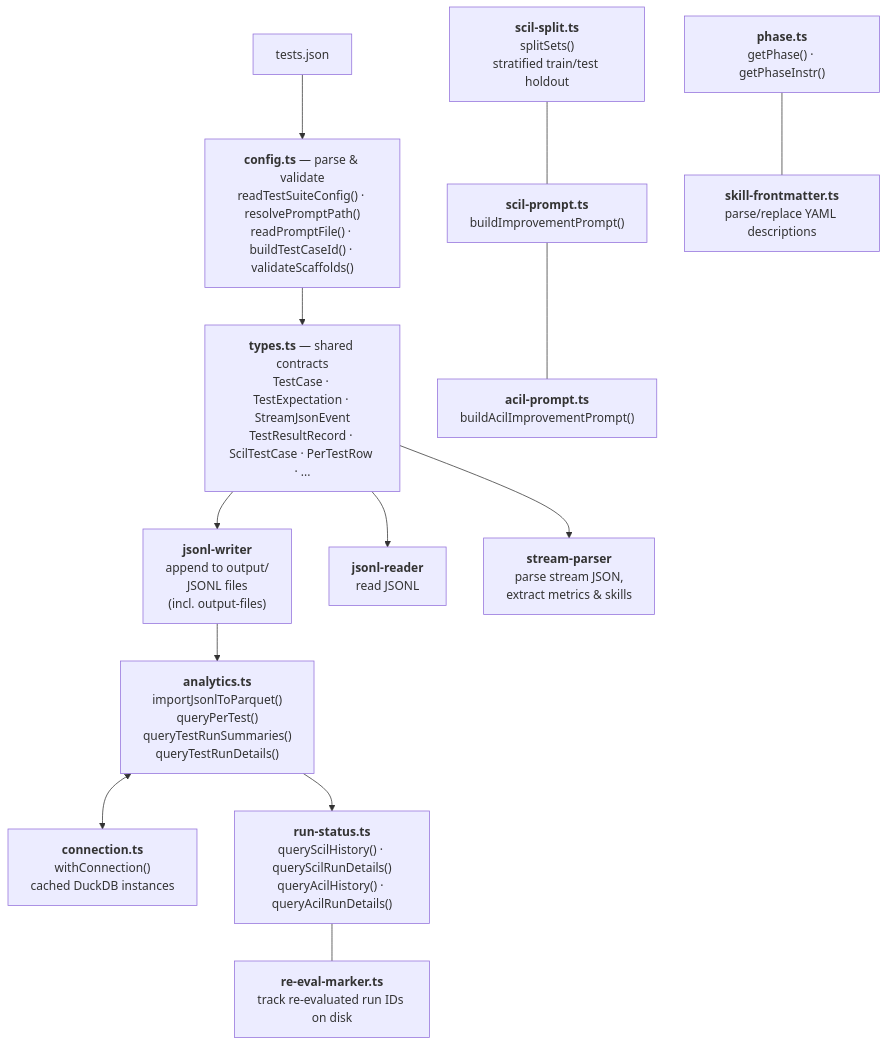
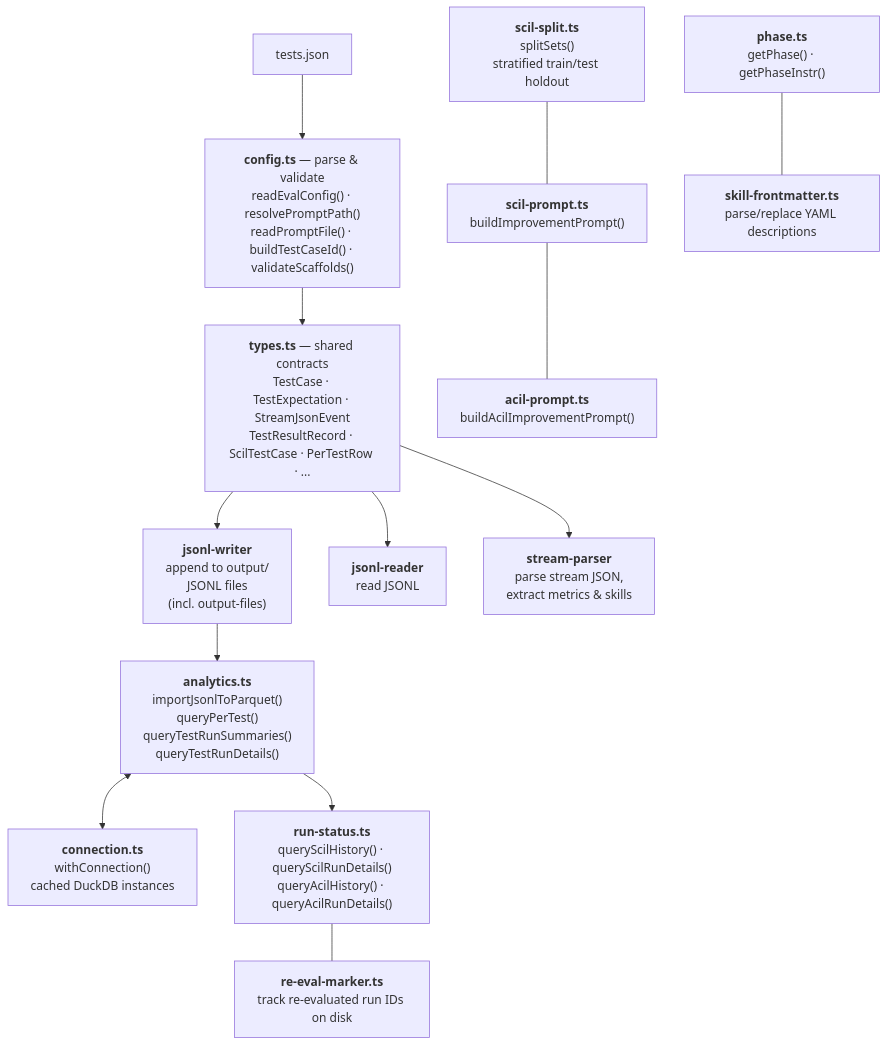
Before and after one commit to testdouble/skills-test-harness: the diagram in docs/data.md, drawn with Mermaid. The commit also changed other lines of this file and 432 other files, not shown here.

````diff
--- a/docs/data.md
+++ b/docs/data.md
@@ -27,34 +27,34 @@
 ```mermaid
 flowchart TB
     tests["tests.json"]
 
-    config["<b>config.ts</b> — parse &amp; validate<br>readTestSuiteConfig() · resolvePromptPath()<br>readPromptFile() · buildTestCaseId() · validateScaffolds()"]
+    config["<b>config.ts</b> — parse &amp; validate<br>readEvalConfig() · resolvePromptPath()<br>readPromptFile() · buildTestCaseId() · validateScaffolds()"]
     types["<b>types.ts</b> — shared contracts<br>TestCase · TestExpectation · StreamJsonEvent<br>TestResultRecord · ScilTestCase · PerTestRow · ..."]
 
     writer["<b>jsonl-writer</b><br>append to output/<br>JSONL files<br>(incl. output-files)"]
     reader["<b>jsonl-reader</b><br>read JSONL"]
     stream["<b>stream-parser</b><br>parse stream JSON,<br>extract metrics &amp; skills"]
 
     analytics["<b>analytics.ts</b><br>importJsonlToParquet()<br>queryPerTest()<br>queryTestRunSummaries()<br>queryTestRunDetails()"]
     connection["<b>connection.ts</b><br>withConnection()<br>cached DuckDB instances"]
 
     status["<b>run-status.ts</b><br>queryScilHistory() · queryScilRunDetails()<br>queryAcilHistory() · queryAcilRunDetails()"]
     marker["<b>re-eval-marker.ts</b><br>track re-evaluated run IDs on disk"]
 
     split["<b>scil-split.ts</b><br>splitSets()<br>stratified train/test holdout"]
     scilprompt["<b>scil-prompt.ts</b><br>buildImprovementPrompt()"]
     acilprompt["<b>acil-prompt.ts</b><br>buildAcilImprovementPrompt()"]
     phase["<b>phase.ts</b><br>getPhase() · getPhaseInstr()"]
     frontmatter["<b>skill-frontmatter.ts</b><br>parse/replace YAML descriptions"]
 
     tests --> config --> types
     types --> writer
     types --> reader
     types --> stream
     writer --> analytics
     analytics <--> connection
     analytics --> status
     status --- marker
     split --- scilprompt --- acilprompt
     phase --- frontmatter
 ```
````
